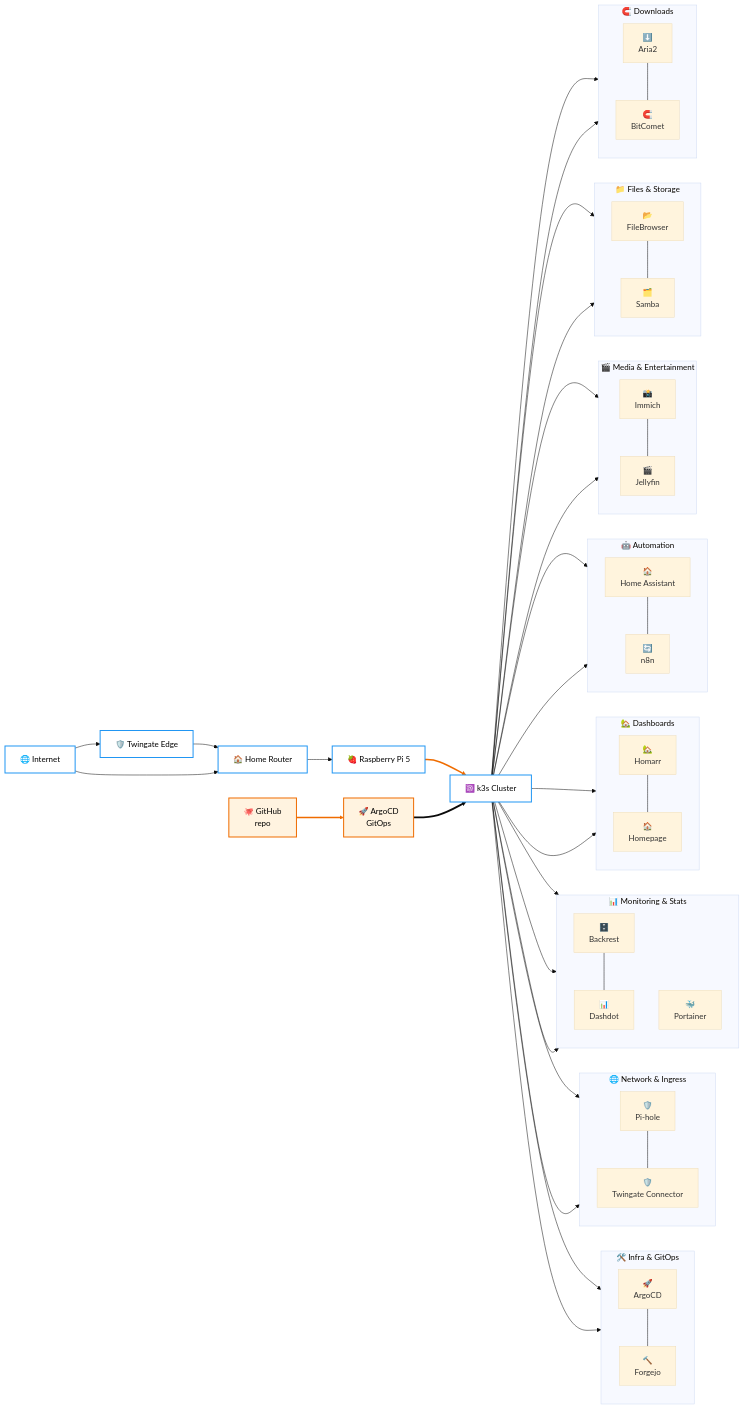
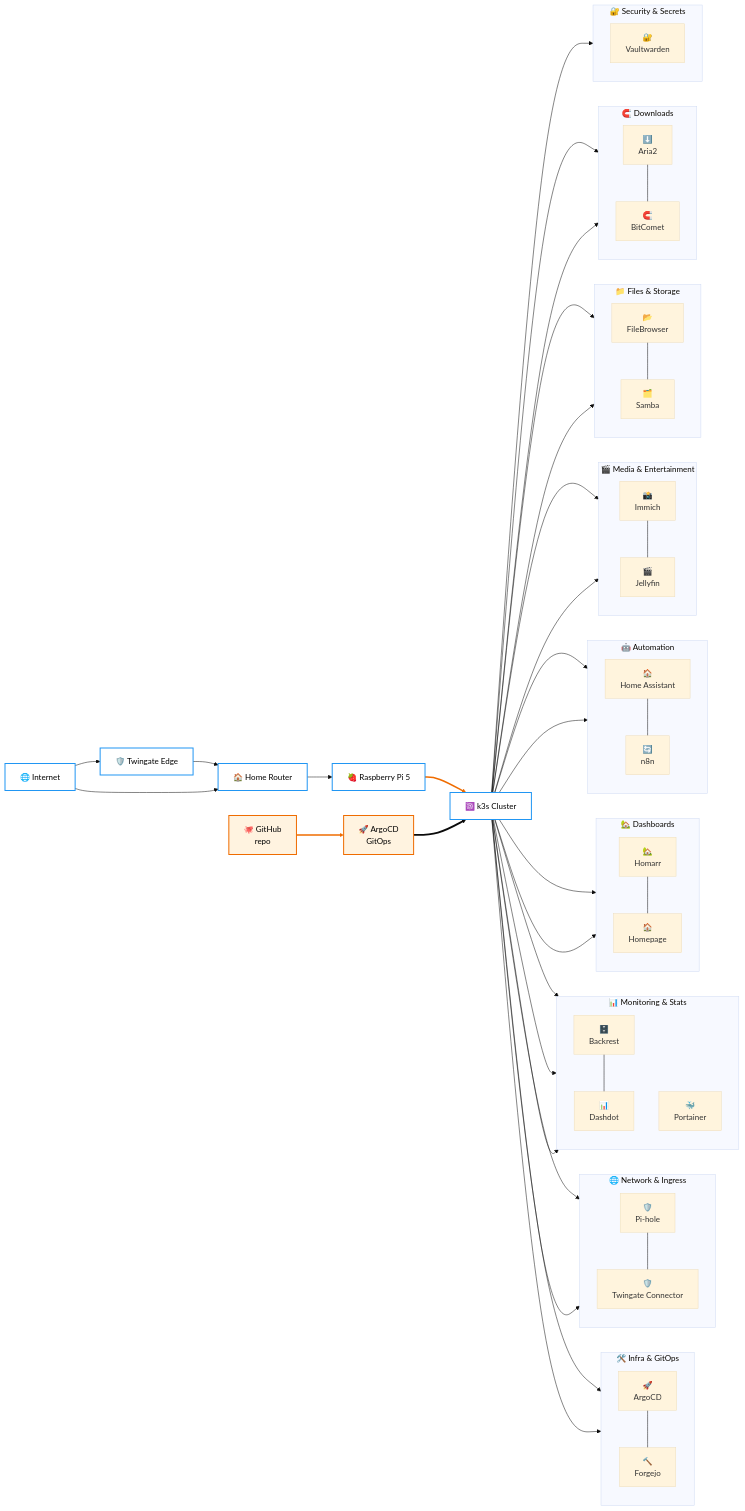
One commit to Thre4dripper/Home-Server-Lab changed the diagram in k3s/README.md. Above: the diagram before and after it, drawn with Mermaid (base theme). The commit also changed other lines of this file and 10 other files, not shown here.

```diff
--- a/k3s/README.md
+++ b/k3s/README.md
@@ -166,6 +167,12 @@
     K3s --> aria2
     K3s --> bitcomet
 
+    subgraph SecuritySecrets["🔐 Security & Secrets"]
+        direction TB
+        vaultwarden[🔐<br/>Vaultwarden]
+    end
+    K3s --> vaultwarden
+
     classDef coreInfra fill:#ffffff,stroke:#2196f3,stroke-width:2px,color:#000000
     classDef gitops fill:#fff3e0,stroke:#ef6c00,stroke-width:2px,color:#000000
     class Internet,Twingate,Router,Pi,K3s coreInfra
```
